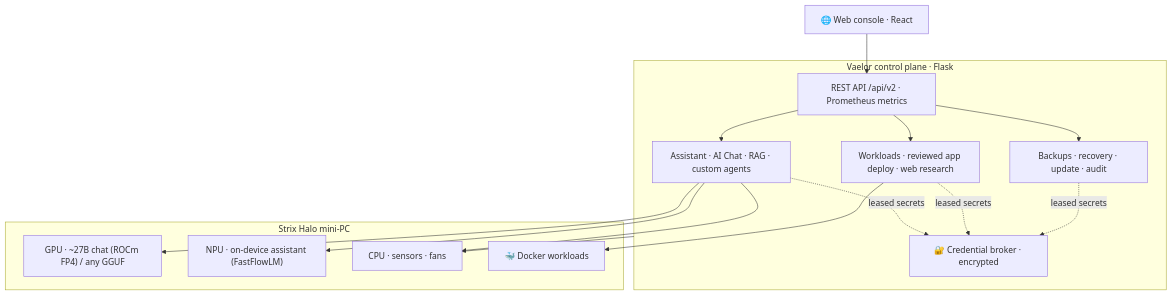
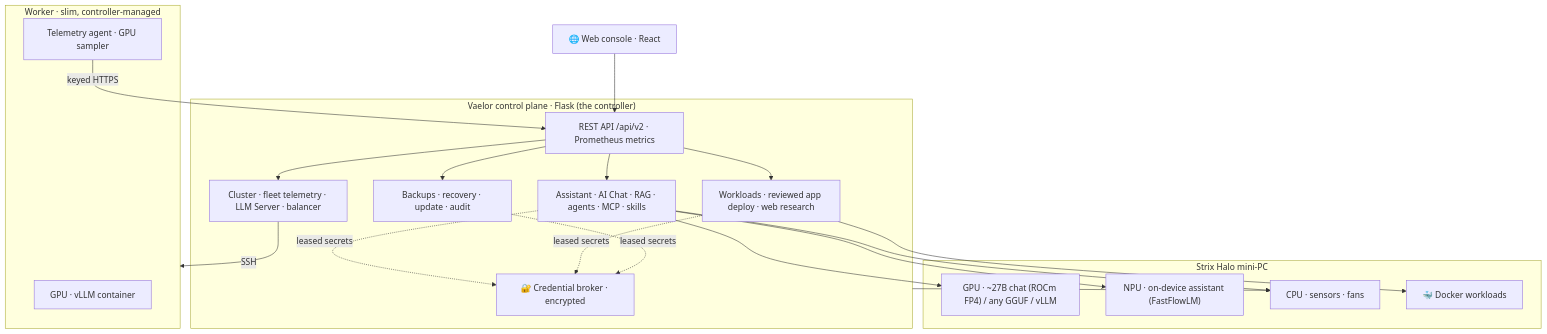
One commit to ShadowLayer90/vaelor changed the diagram in README.md. Above: the diagram before and after it, drawn with Mermaid. The commit also changed other lines of this file and 777 other files, not shown here.

````diff
--- a/README.md
+++ b/README.md
@@ -104,26 +168,33 @@
 ```mermaid
 flowchart TB
     UI["🌐 Web console · React"]
-    subgraph Plane["Vaelor control plane · Flask"]
+    subgraph Plane["Vaelor control plane · Flask (the controller)"]
         API["REST API /api/v2 · Prometheus metrics"]
-        AI["Assistant · AI Chat · RAG · custom agents"]
+        AI["Assistant · AI Chat · RAG · agents · MCP · skills"]
         WORK["Workloads · reviewed app deploy · web research"]
+        CL["Cluster · fleet telemetry · LLM Server · balancer"]
         DATA["Backups · recovery · update · audit"]
         VAULT["🔐 Credential broker · encrypted"]
     end
     subgraph Host["Strix Halo mini-PC"]
-        GPU["GPU · ~27B chat (ROCm FP4) / any GGUF"]
+        GPU["GPU · ~27B chat (ROCm FP4) / any GGUF / vLLM"]
         NPU["NPU · on-device assistant (FastFlowLM)"]
         SENS["CPU · sensors · fans"]
         DOCKER["🐳 Docker workloads"]
     end
+    subgraph Worker["Worker · slim, controller-managed"]
+        WGPU["GPU · vLLM container"]
+        WTEL["Telemetry agent · GPU sampler"]
+    end
     UI --> API
-    API --> AI & WORK & DATA
+    API --> AI & WORK & CL & DATA
     AI --> GPU & NPU
     AI --> SENS
     WORK --> DOCKER
+    CL -- SSH --> Worker
+    WTEL -- keyed HTTPS --> API
     AI -. leased secrets .-> VAULT
     WORK -. leased secrets .-> VAULT
     DATA -. leased secrets .-> VAULT
     Plane --> SENS
 ```
````
